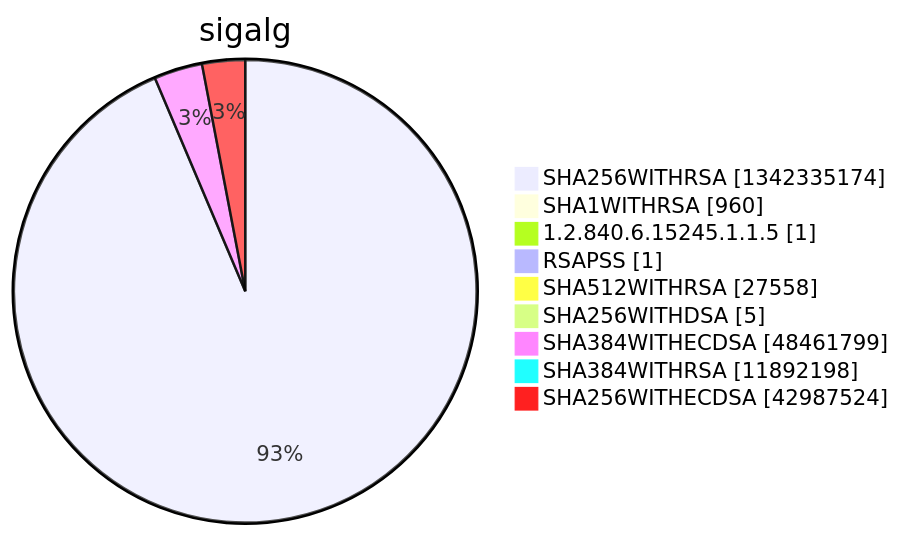
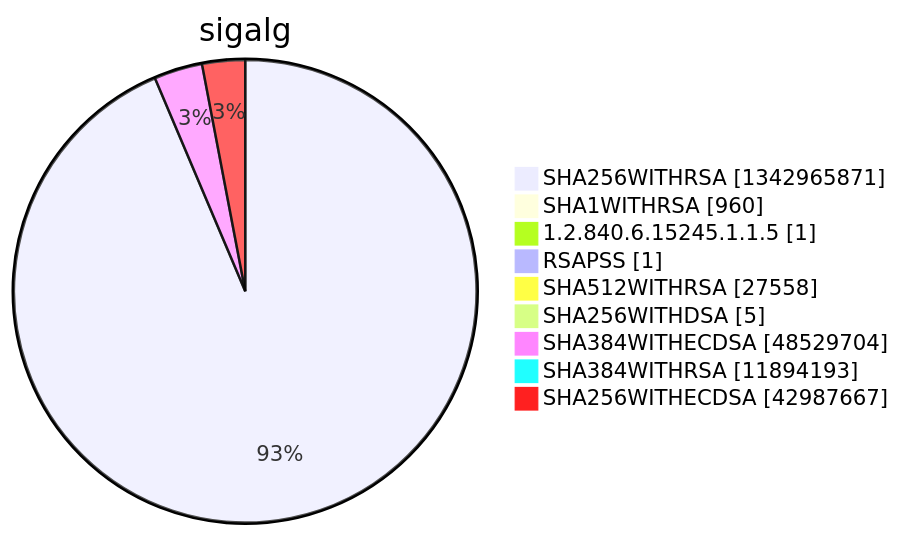
One commit to christiankrug/ctmonitor_visualization changed diagram 15 of 15 in argon2022/README.md. Above: the diagram before and after it, drawn with Mermaid. The commit also changed other lines of this file, not shown here.

````diff
--- a/argon2022/README.md
+++ b/argon2022/README.md
@@ -5524,13 +5524,13 @@
 ```mermaid
 pie showData
 title sigalg
-"SHA256WITHRSA" :1342335174
+"SHA256WITHRSA" :1342965871
 "SHA1WITHRSA" :960
 "1.2.840.6.15245.1.1.5" :1
 "RSAPSS" :1
 "SHA512WITHRSA" :27558
 "SHA256WITHDSA" :5
-"SHA384WITHECDSA" :48461799
-"SHA384WITHRSA" :11892198
-"SHA256WITHECDSA" :42987524
+"SHA384WITHECDSA" :48529704
+"SHA384WITHRSA" :11894193
+"SHA256WITHECDSA" :42987667
 ```
````
